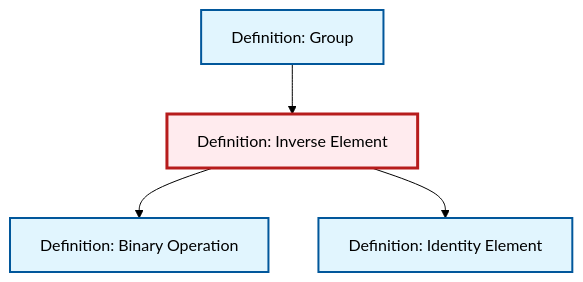
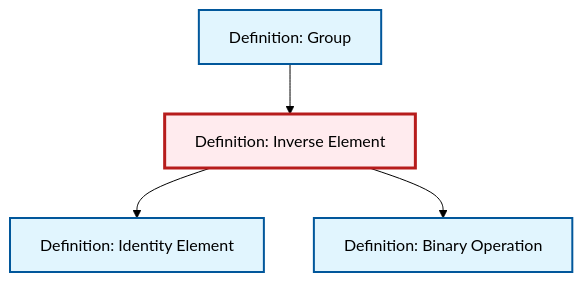
One commit to RK0429/ModernMath changed the diagram in content/en/algebra/def-inverse-element.qmd. Above: the diagram before and after it, drawn with Mermaid (forest theme). The commit also changed other lines of this file and 474 other files, not shown here.

````diff
--- a/content/en/algebra/def-inverse-element.qmd
+++ b/content/en/algebra/def-inverse-element.qmd
@@ -83,20 +83,20 @@
 ```{mermaid}
 %%| fig-cap: "Local dependency graph"
 graph TD
     classDef definition fill:#e1f5fe,stroke:#01579b,stroke-width:2px
     classDef theorem fill:#f3e5f5,stroke:#4a148c,stroke-width:2px
     classDef axiom fill:#fff3e0,stroke:#e65100,stroke-width:2px
     classDef example fill:#e8f5e9,stroke:#1b5e20,stroke-width:2px
     classDef current fill:#ffebee,stroke:#b71c1c,stroke-width:3px
+    def-group["Definition: Group"]:::definition
+    def-inverse-element["Definition: Inverse Element"]:::definition
+    def-binary-operation["Definition: Binary Operation"]:::definition
     def-identity-element["Definition: Identity Element"]:::definition
-    def-binary-operation["Definition: Binary Operation"]:::definition
-    def-inverse-element["Definition: Inverse Element"]:::definition
-    def-group["Definition: Group"]:::definition
+    def-inverse-element --> def-identity-element
     def-group --> def-inverse-element
     def-inverse-element --> def-binary-operation
-    def-inverse-element --> def-identity-element
     class def-inverse-element current
+    click def-group "def-group.html" "Go to Group definition"
+    click def-binary-operation "def-binary-operation.html" "Go to Binary Operation definition"
     click def-identity-element "def-identity-element.html" "Go to Identity Element definition"
-    click def-binary-operation "def-binary-operation.html" "Go to Binary Operation definition"
-    click def-group "def-group.html" "Go to Group definition"
 ```
````
